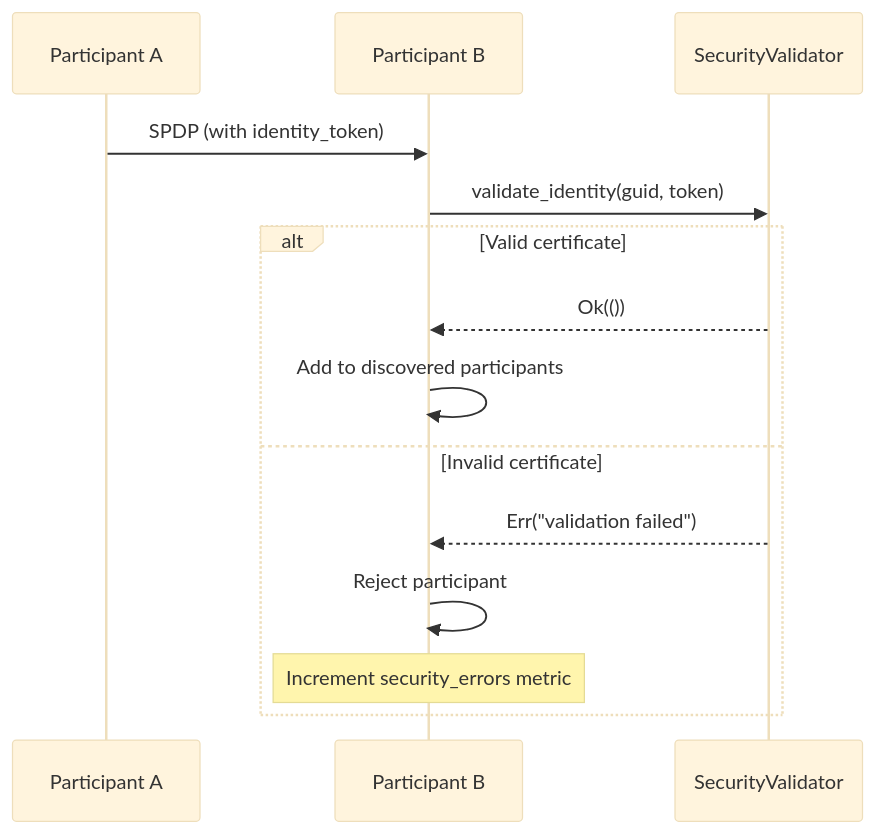
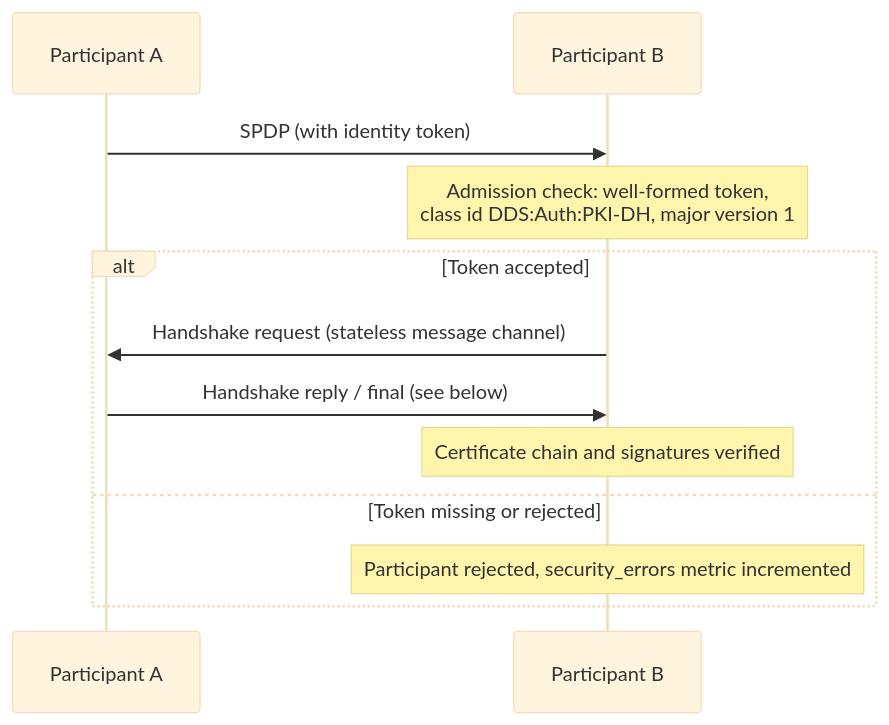
The first of 2 diagrams in docs/guides/security/authentication.md (hdds-team/hdds), drawn with Mermaid (base theme) before and after one commit. The commit also changed other lines of this file and 1712 other files, not shown here.

````diff
--- a/docs/guides/security/authentication.md
+++ b/docs/guides/security/authentication.md
@@ -117,17 +127,15 @@
 ```mermaid
 sequenceDiagram
     participant A as Participant A
     participant B as Participant B
-    participant V as SecurityValidator
 
-    A->>B: SPDP (with identity_token)
-    B->>V: validate_identity(guid, token)
-    alt Valid certificate
-        V-->>B: Ok(())
-        B->>B: Add to discovered participants
-    else Invalid certificate
-        V-->>B: Err("validation failed")
-        B->>B: Reject participant
-        Note over B: Increment security_errors metric
+    A->>B: SPDP (with identity token)
+    Note over B: Admission check: well-formed token,<br/>class id DDS:Auth:PKI-DH, major version 1
+    alt Token accepted
+        B->>A: Handshake request (stateless message channel)
+        A->>B: Handshake reply / final (see below)
+        Note over B: Certificate chain and signatures verified
+    else Token missing or rejected
+        Note over B: Participant rejected, security_errors metric incremented
     end
 ```
````
